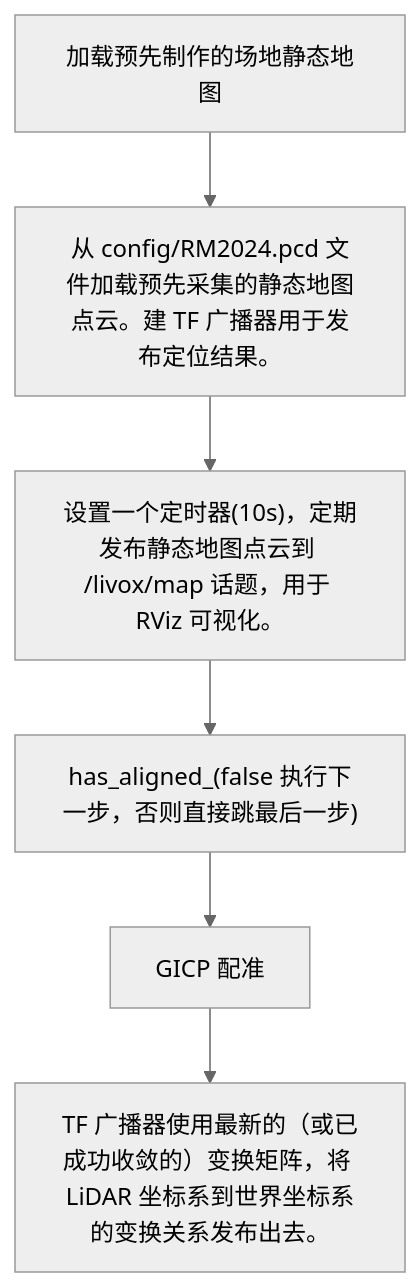
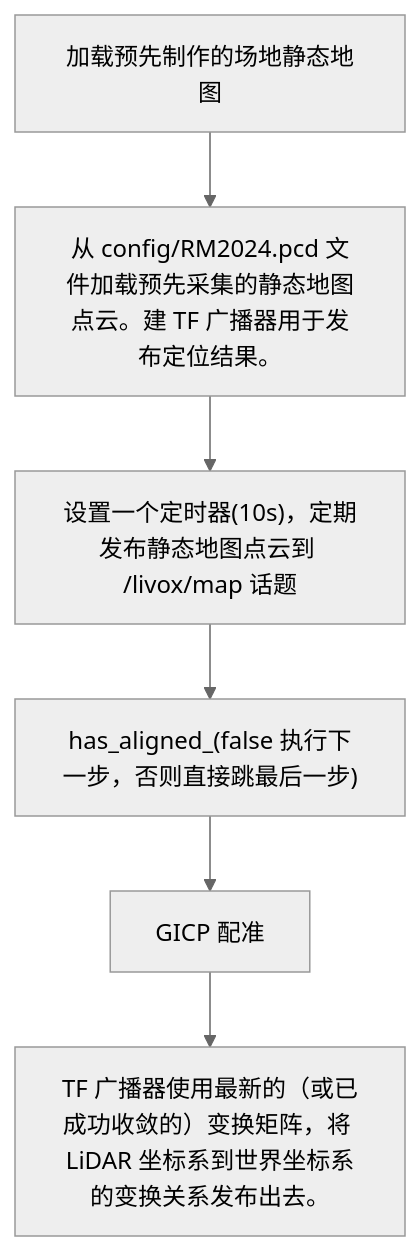
One commit to Aurovora/SRM_code changed the first of 3 diagrams in 雷达/TDTcode.md. Above: the diagram before and after it, drawn with Mermaid (neutral theme). The commit also changed other lines of this file, not shown here.

````diff
--- a/雷达/TDTcode.md
+++ b/雷达/TDTcode.md
@@ -15,8 +14,8 @@
 ```mermaid
 graph TD
     A["加载预先制作的场地静态地图"] --> B["从 config/RM2024.pcd 文件加载预先采集的静态地图点云。建 TF 广播器用于发布定位结果。"]
-    B --> C["设置一个定时器(10s)，定期发布静态地图点云到 /livox/map 话题，用于 RViz 可视化。"]
+    B --> C["设置一个定时器(10s)，定期发布静态地图点云到 /livox/map 话题"]
     C --> D["has_aligned_(false 执行下一步，否则直接跳最后一步)"]
     D --> E["GICP 配准"]
     E --> L["TF 广播器使用最新的（或已成功收敛的）变换矩阵，将 LiDAR 坐标系到世界坐标系的变换关系发布出去。"]
 ```
````
